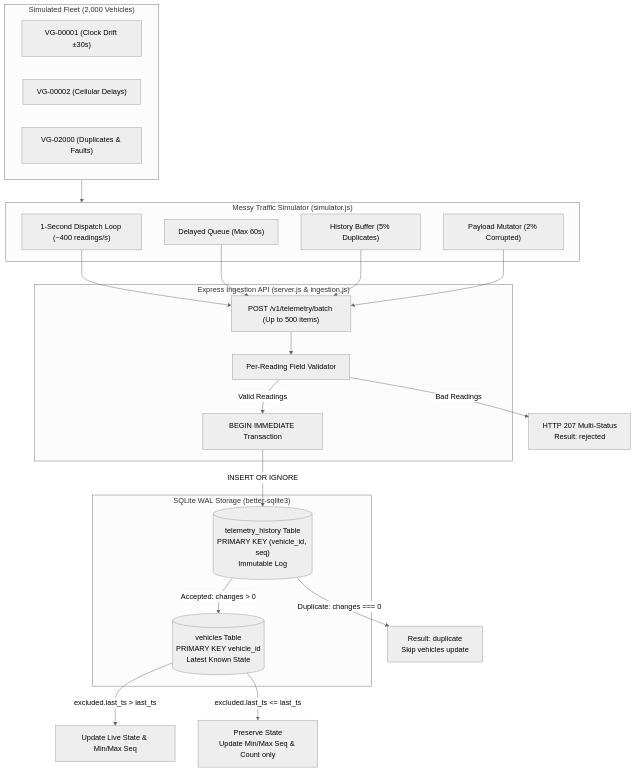
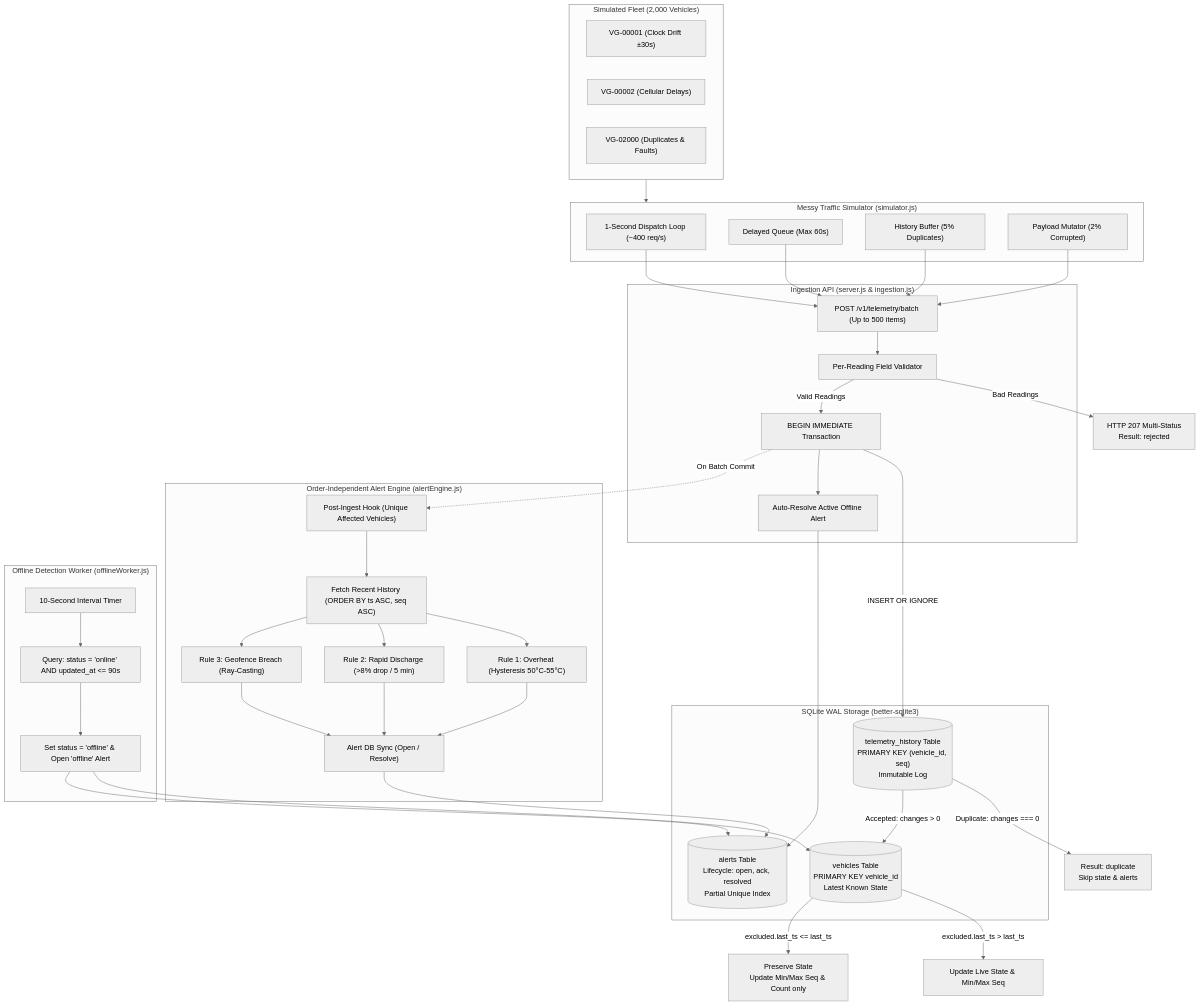
One commit to ashokgarlapati-pixel/voltgrid-telemetry changed the first of 3 diagrams in docs/PHASE1_MASTER_PLAN.md. Above: the diagram before and after it, drawn with Mermaid (neutral theme). The commit also changed other lines of this file and 1 other file, not shown here.

````diff
--- a/docs/PHASE1_MASTER_PLAN.md
+++ b/docs/PHASE1_MASTER_PLAN.md
@@ -32,42 +33,74 @@
 ```mermaid
 flowchart TD
     subgraph Fleet ["Simulated Fleet (2,000 Vehicles)"]
         V1["VG-00001 (Clock Drift ±30s)"]
         V2["VG-00002 (Cellular Delays)"]
         V3["VG-02000 (Duplicates & Faults)"]
     end
 
     subgraph Sim ["Messy Traffic Simulator (simulator.js)"]
-        TICK["1-Second Dispatch Loop (~400 readings/s)"]
+        TICK["1-Second Dispatch Loop (~400 req/s)"]
         DELAY["Delayed Queue (Max 60s)"]
         DUP["History Buffer (5% Duplicates)"]
         CORRUPT["Payload Mutator (2% Corrupted)"]
     end
 
-    subgraph API ["Express Ingestion API (server.js & ingestion.js)"]
+    subgraph IngestAPI ["Ingestion API (server.js & ingestion.js)"]
         EP["POST /v1/telemetry/batch (Up to 500 items)"]
         VAL["Per-Reading Field Validator"]
         TX["BEGIN IMMEDIATE Transaction"]
+        AUTO_OFFLINE["Auto-Resolve Active Offline Alert"]
     end
 
     subgraph Storage ["SQLite WAL Storage (better-sqlite3)"]
         TH[("telemetry_history Table\nPRIMARY KEY (vehicle_id, seq)\nImmutable Log")]
         VH[("vehicles Table\nPRIMARY KEY vehicle_id\nLatest Known State")]
+        AL[("alerts Table\nLifecycle: open, ack, resolved\nPartial Unique Index")]
+    end
+
+    subgraph Engine ["Order-Independent Alert Engine (alertEngine.js)"]
+        HOOK["Post-Ingest Hook (Unique Affected Vehicles)"]
+        SORT_HIST["Fetch Recent History (ORDER BY ts ASC, seq ASC)"]
+        R1["Rule 1: Overheat (Hysteresis 50°C-55°C)"]
+        R2["Rule 2: Rapid Discharge (>8% drop / 5 min)"]
+        R3["Rule 3: Geofence Breach (Ray-Casting)"]
+        SYNC["Alert DB Sync (Open / Resolve)"]
+    end
+
+    subgraph Worker ["Offline Detection Worker (offlineWorker.js)"]
+        TIMER["10-Second Interval Timer"]
+        STALE["Query: status = 'online' AND updated_at <= 90s"]
+        OFF_TX["Set status = 'offline' & Open 'offline' Alert"]
     end
 
     Fleet --> Sim
     TICK --> EP
     DELAY --> EP
     DUP --> EP
     CORRUPT --> EP
 
     EP --> VAL
     VAL -->|Bad Readings| REJ["HTTP 207 Multi-Status\nResult: rejected"]
     VAL -->|Valid Readings| TX
 
     TX -->|INSERT OR IGNORE| TH
-    TH -->|Duplicate: changes === 0| DUP_RES["Result: duplicate\nSkip vehicles update"]
+    TH -->|Duplicate: changes === 0| DUP_RES["Result: duplicate\nSkip state & alerts"]
     TH -->|Accepted: changes > 0| VH
     VH -->|excluded.last_ts > last_ts| UPD_STATE["Update Live State & Min/Max Seq"]
     VH -->|excluded.last_ts <= last_ts| UPD_LATE["Preserve State\nUpdate Min/Max Seq & Count only"]
+    TX --> AUTO_OFFLINE
+    AUTO_OFFLINE --> AL
+
+    TX -.->|On Batch Commit| HOOK
+    HOOK --> SORT_HIST
+    SORT_HIST --> R1
+    SORT_HIST --> R2
+    SORT_HIST --> R3
+    R1 & R2 & R3 --> SYNC
+    SYNC --> AL
+
+    TIMER --> STALE
+    STALE --> OFF_TX
+    OFF_TX --> VH
+    OFF_TX --> AL
 ```
````
